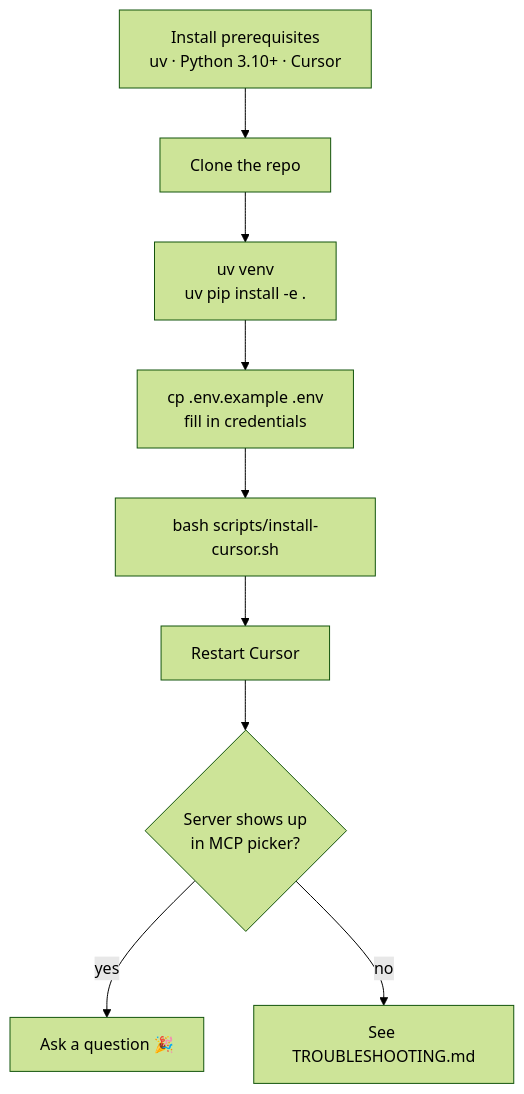
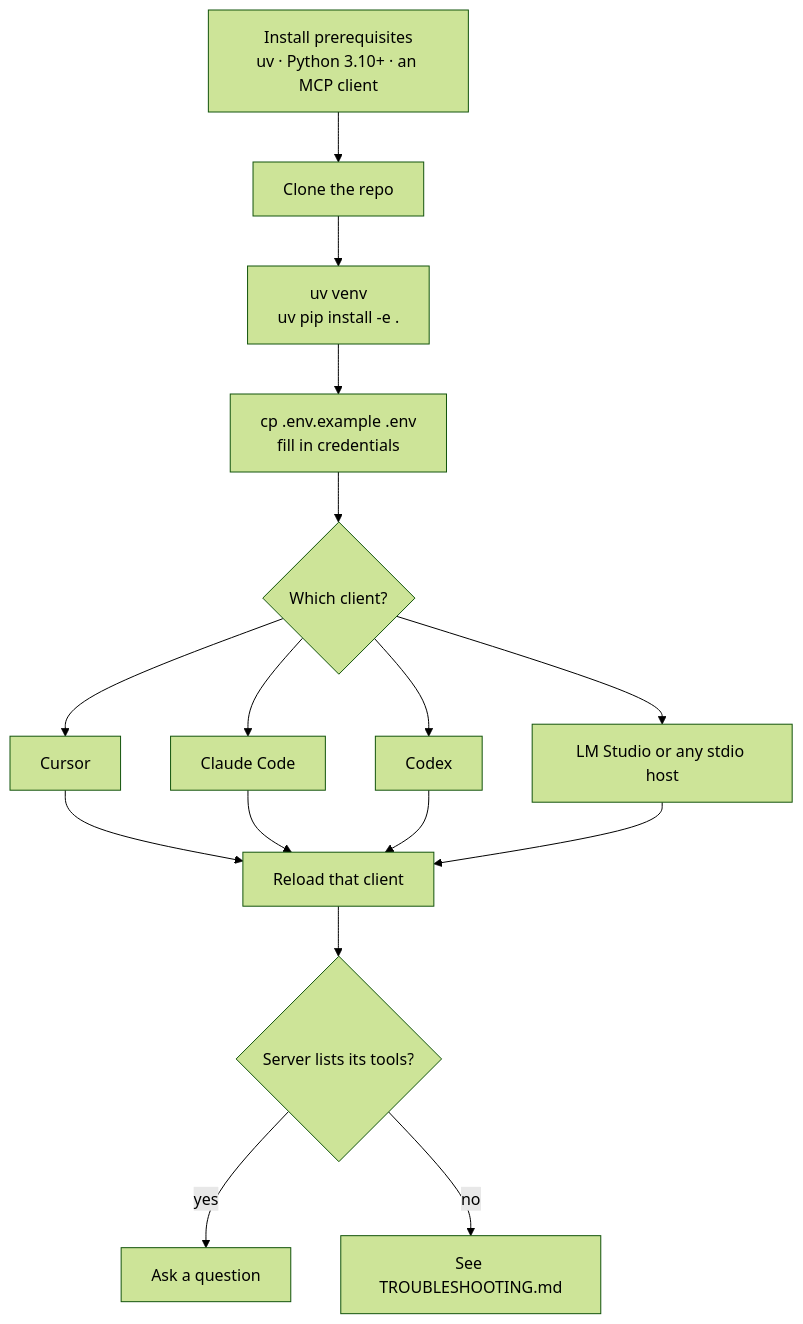
The diagram in docs/INSTALL.md (chandrapati/csw-mcp), drawn with Mermaid (forest theme) before and after one commit. The commit also changed other lines of this file and 9 other files, not shown here.

First line of the commit message:
Document Cisco field Mac and multi-client install, and add the read-only directory tools.

````diff
--- a/docs/INSTALL.md
+++ b/docs/INSTALL.md
@@ -8,11 +12,18 @@
 ```mermaid
 flowchart TD
-    A[Install prerequisites<br/>uv · Python 3.10+ · Cursor] --> B[Clone the repo]
+    A[Install prerequisites<br/>uv · Python 3.10+ · an MCP client] --> B[Clone the repo]
     B --> C["uv venv<br/>uv pip install -e ."]
     C --> D[cp .env.example .env<br/>fill in credentials]
-    D --> E[bash scripts/install-cursor.sh]
-    E --> F[Restart Cursor]
-    F --> G{Server shows up<br/>in MCP picker?}
-    G -- yes --> H[Ask a question 🎉]
+    D --> E{Which client?}
+    E --> C1[Cursor]
+    E --> C2[Claude Code]
+    E --> C3[Codex]
+    E --> C4[LM Studio or any stdio host]
+    C1 --> F[Reload that client]
+    C2 --> F
+    C3 --> F
+    C4 --> F
+    F --> G{Server lists its tools?}
+    G -- yes --> H[Ask a question]
     G -- no --> T[See TROUBLESHOOTING.md]
 ```
````
